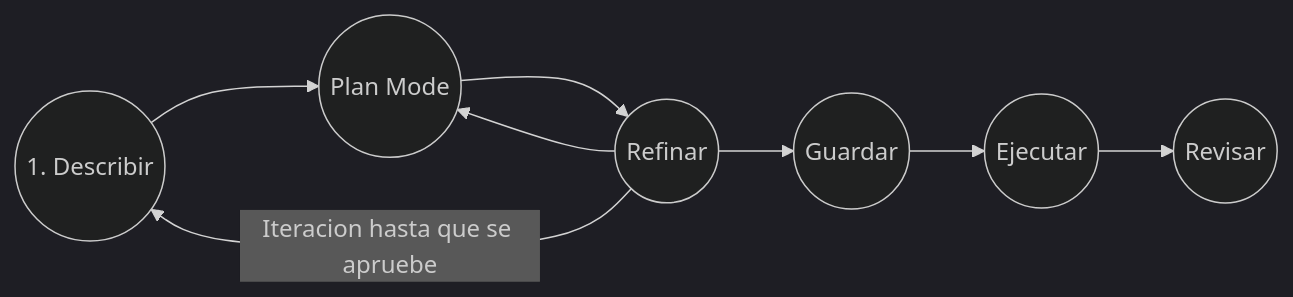
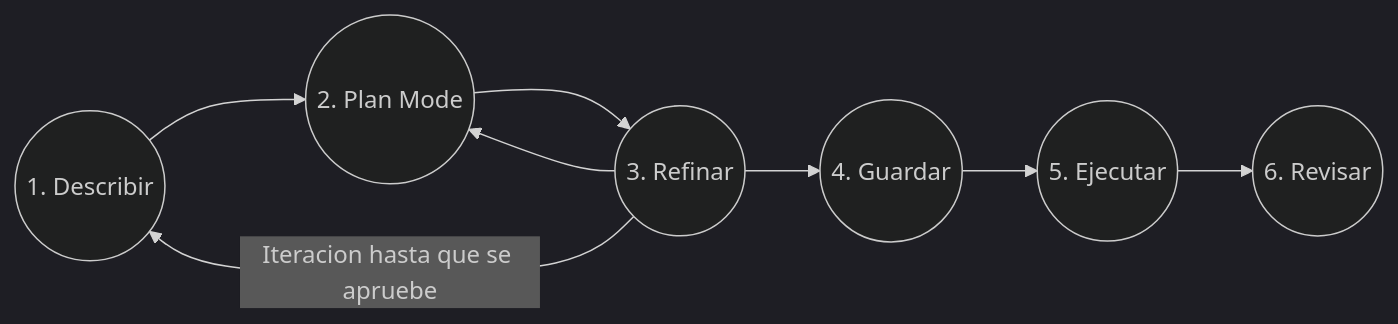
The diagram in OpenCode/SpecDrivenDevelopment.md (sramire3000/documentacion), drawn with Mermaid (dark theme) before and after one commit.

````diff
--- a/OpenCode/SpecDrivenDevelopment.md
+++ b/OpenCode/SpecDrivenDevelopment.md
@@ -4,10 +4,10 @@
 ```mermaid
 graph LR
-A((1. Describir)) --> B((Plan Mode))
-B --> C((Refinar))
+A((1. Describir)) --> B((2. Plan Mode))
+B --> C((3. Refinar))
 C -- Iteracion hasta que se apruebe --> A
 C --> B
-C --> D((Guardar))
-D --> E((Ejecutar))
-E --> F((Revisar))
+C --> D((4. Guardar))
+D --> E((5. Ejecutar))
+E --> F((6. Revisar))
 ```
````
